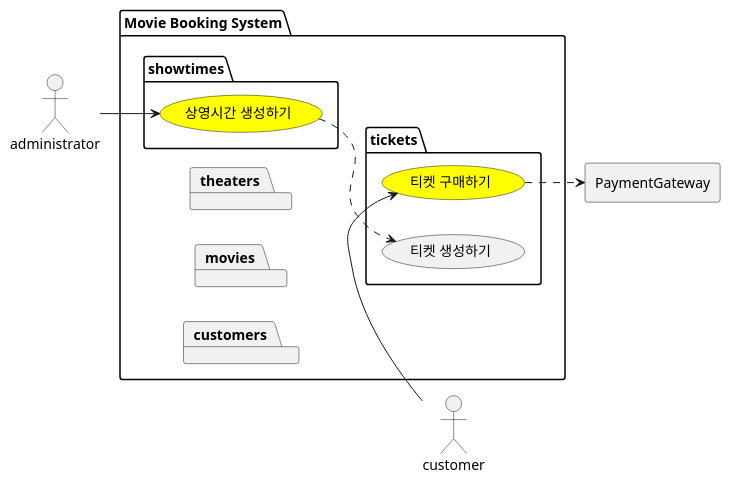
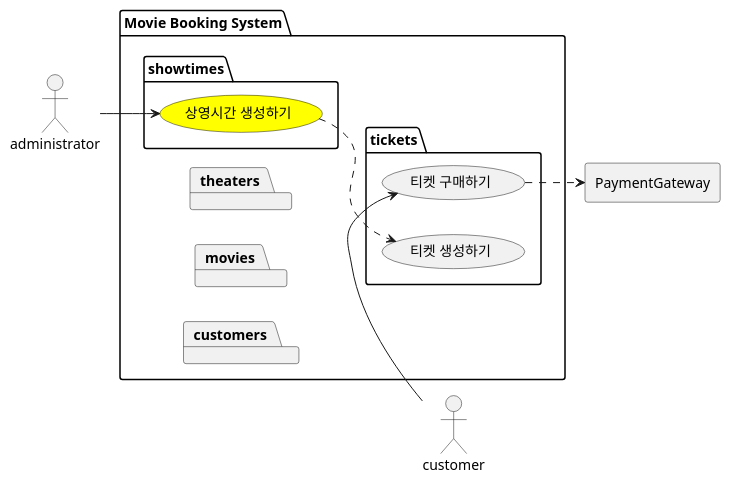
One commit to mannercode/mannercode.github.io changed the third of 20 diagrams in _posts/2026-06-11-backend-design-4.md. Above: the diagram before and after it, drawn with PlantUML. The commit also changed other lines of this file and 2 other files, not shown here.

```diff
--- a/_posts/2026-06-11-backend-design-4.md
+++ b/_posts/2026-06-11-backend-design-4.md
@@ -8,33 +86,33 @@
 {% plantuml %}
 @startuml
 left to right direction
 actor customer
 actor administrator
 rectangle PaymentGateway
 
 package "Movie Booking System" as mbs {
     package tickets {
-        usecase "티켓 구매하기" as PurchaseTickets #yellow
+        usecase "티켓 구매하기" as PurchaseTickets
         usecase "티켓 생성하기" as GenerateTickets
     }
 
     package showtimes {
         usecase "상영시간 생성하기" as CreateShowtimes #yellow
     }
 
     package theaters {
     }
 
     package movies {
     }
 
     package customers {
     }
 }
 
 administrator --> CreateShowtimes
 customer -> PurchaseTickets
 PurchaseTickets ..> PaymentGateway
 CreateShowtimes ..> GenerateTickets
 @enduml
 {% endplantuml %}
```
